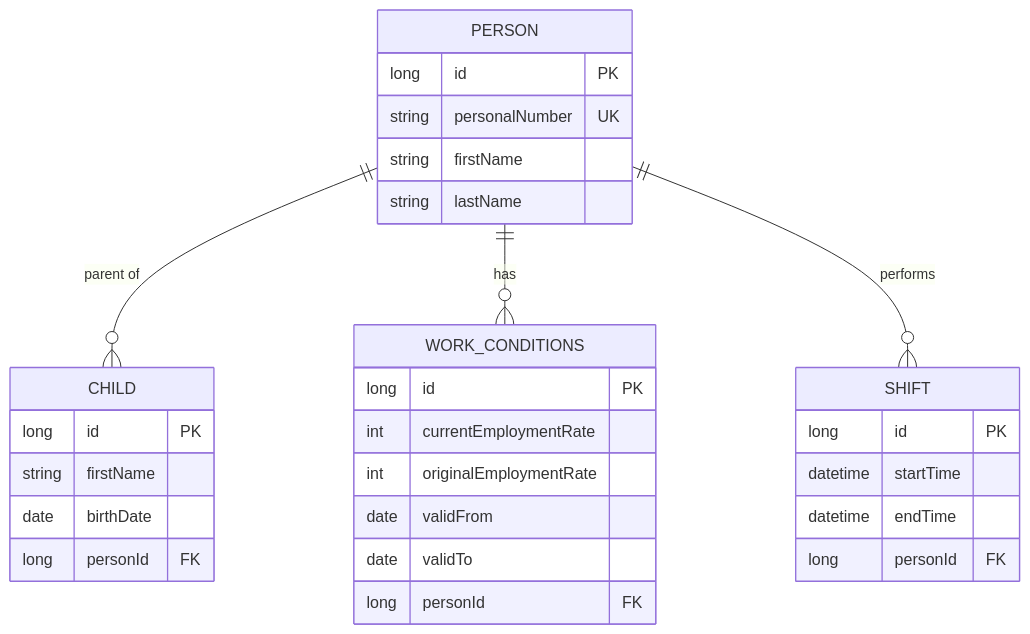
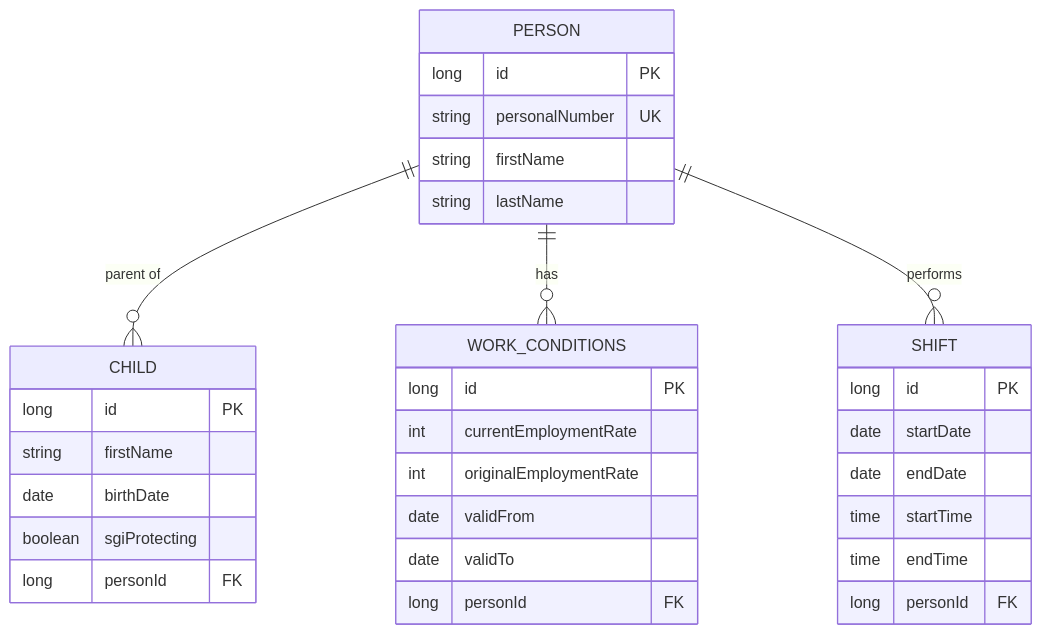
The diagram in README.md (annlolil/sgi-guard), drawn with Mermaid before and after one commit. The commit also changed other lines of this file, not shown here.

Commit message:
"(fix): README updates"

````diff
--- a/README.md
+++ b/README.md
@@ -24,36 +25,39 @@
 ```mermaid
 erDiagram
     PERSON ||--o{ CHILD : "parent of"
     PERSON ||--o{ WORK_CONDITIONS : "has"
     PERSON ||--o{ SHIFT : "performs"
 
     PERSON {
         long id PK
         string personalNumber UK
         string firstName
         string lastName
     }
 
     CHILD {
         long id PK
         string firstName
         date birthDate
+        boolean sgiProtecting
         long personId FK
     }
 
     WORK_CONDITIONS {
         long id PK
         int currentEmploymentRate
         int originalEmploymentRate
         date validFrom
         date validTo
         long personId FK
     }
 
     SHIFT {
         long id PK
-        datetime startTime
-        datetime endTime
+        date startDate
+        date endDate
+        time startTime
+        time endTime
         long personId FK
     }
 ```
````
